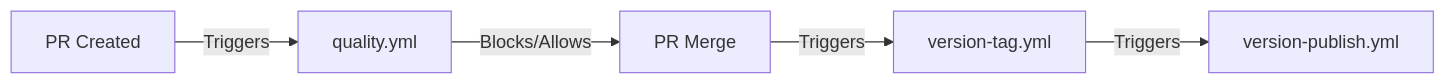
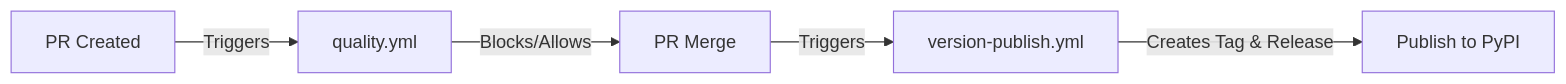
Before and after one commit to OpenJKSoftware/gOdoo: the third of 3 diagrams in .github/workflows/README.md, drawn with Mermaid. The commit also changed other lines of this file and 4 other files, not shown here.

````diff
--- a/.github/workflows/README.md
+++ b/.github/workflows/README.md
@@ -43,7 +42,7 @@
 ```mermaid
 flowchart LR
     A[PR Created] -->|Triggers| B[quality.yml]
     B -->|Blocks/Allows| C[PR Merge]
-    C -->|Triggers| D[version-tag.yml]
-    D -->|Triggers| E[version-publish.yml]
+    C -->|Triggers| D[version-publish.yml]
+    D -->|Creates Tag & Release| E[Publish to PyPI]
 ```
````
